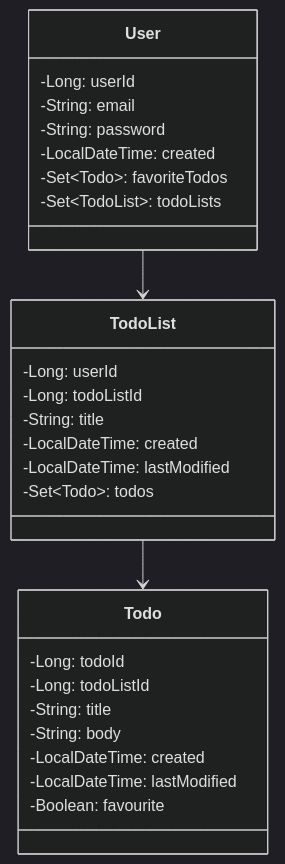
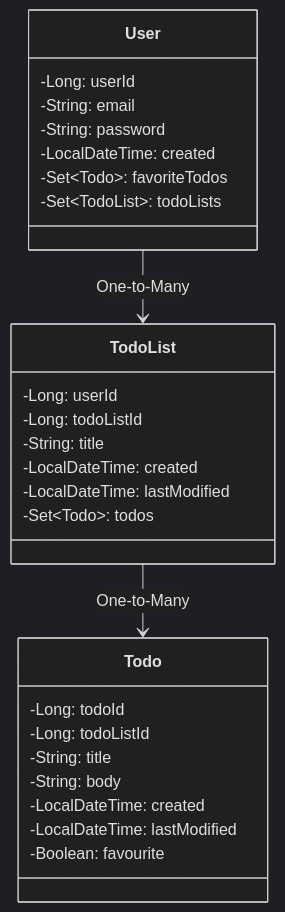
The first of 2 diagrams in README.md (evans-p/todo-full-stack-app-backend), drawn with Mermaid (dark theme) before and after one commit.

````diff
--- a/README.md
+++ b/README.md
@@ -14,30 +14,30 @@
 ```mermaid
 classDiagram
     class User {
         -Long: userId
         -String: email
         -String: password
         -LocalDateTime: created
         -Set~Todo~: favoriteTodos
         -Set~TodoList~: todoLists
     }
     class TodoList {
         -Long: userId
         -Long: todoListId
         -String: title
         -LocalDateTime: created
         -LocalDateTime: lastModified
         -Set~Todo~: todos
     }
     class Todo {
         -Long: todoId
         -Long: todoListId
         -String: title
         -String: body
         -LocalDateTime: created
         -LocalDateTime: lastModified
         -Boolean: favourite
     }
-    User --> TodoList
-    TodoList --> Todo
+    User --> TodoList: One-to-Many
+    TodoList --> Todo: One-to-Many
 ```
````
